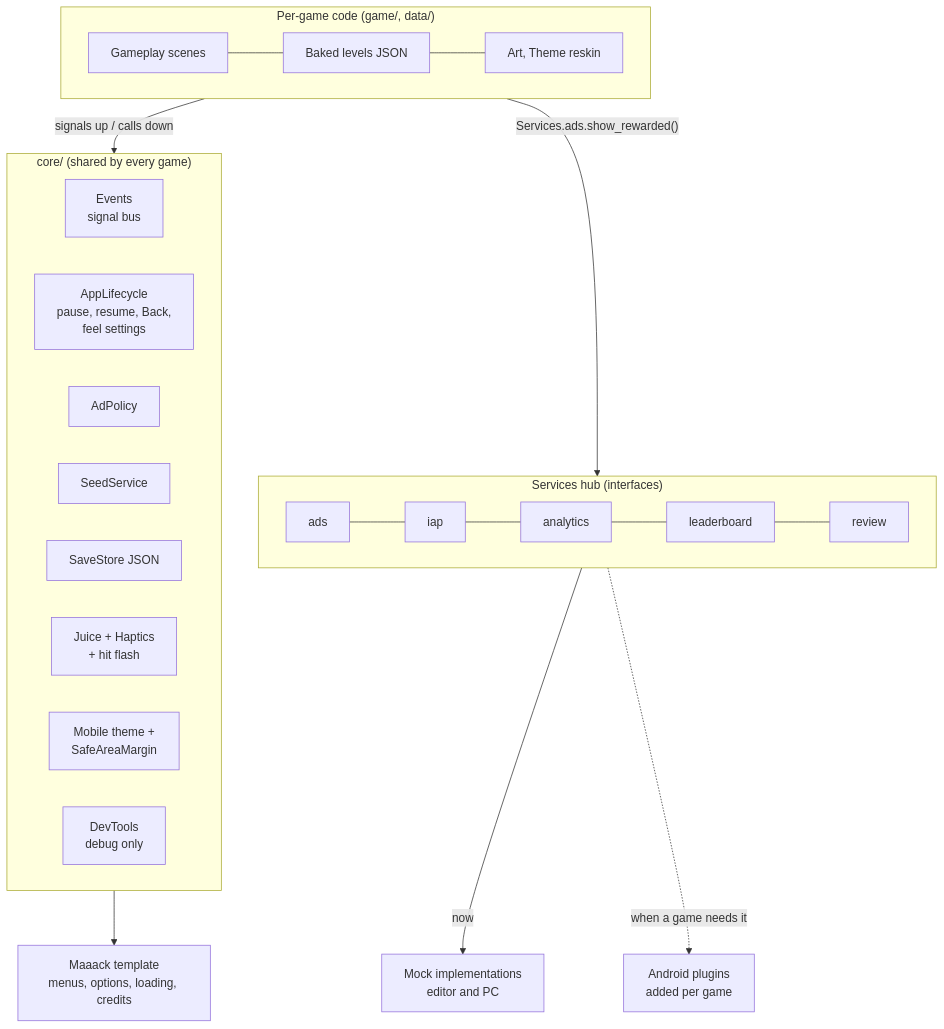
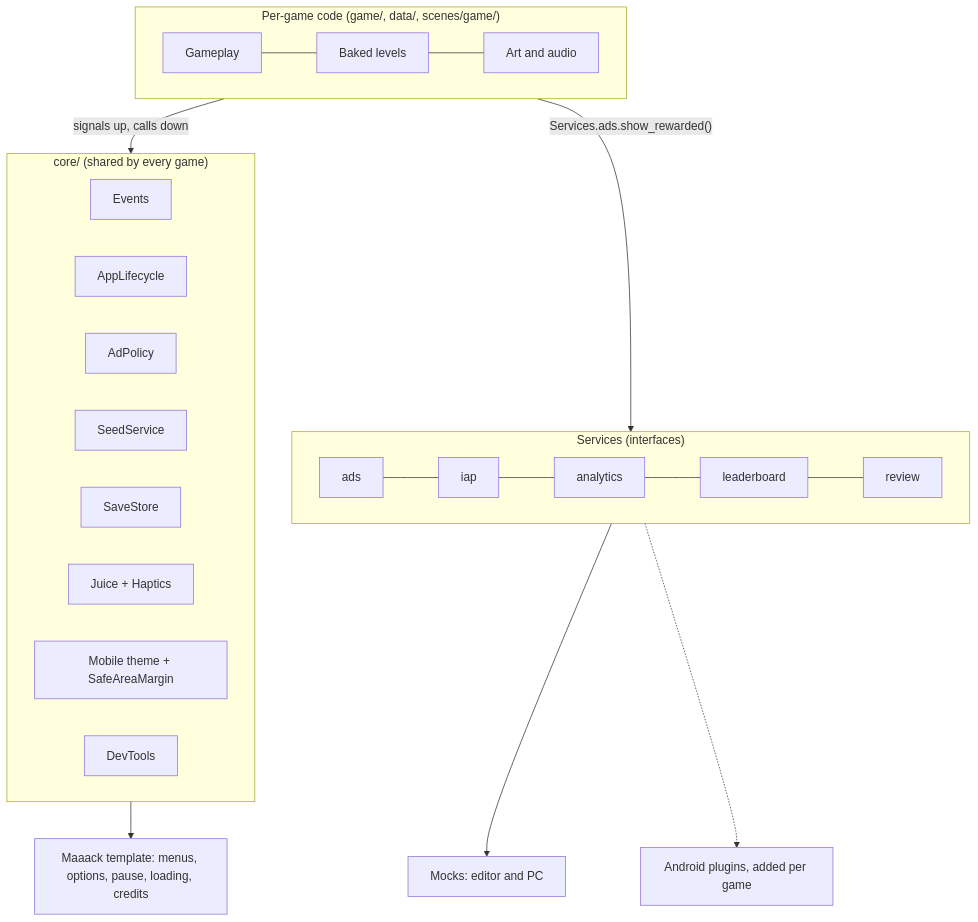
Before and after one commit to MehulKumars/halves: the diagram in README.md, drawn with Mermaid. The commit also changed other lines of this file and 10 other files, not shown here.

````diff
--- a/README.md
+++ b/README.md
@@ -18,28 +49,28 @@
 ```mermaid
 flowchart TB
-    subgraph Game["Per-game code (game/, data/)"]
-        G1[Gameplay scenes] --- G2[Baked levels JSON] --- G3[Art, Theme reskin]
+    subgraph Game["Per-game code (game/, data/, scenes/game/)"]
+        G1[Gameplay] --- G2[Baked levels] --- G3[Art and audio]
     end
     subgraph Core["core/ (shared by every game)"]
-        E[Events<br/>signal bus]
-        AL[AppLifecycle<br/>pause, resume, Back,<br/>feel settings]
+        E[Events]
+        AL[AppLifecycle]
         AP[AdPolicy]
         SS[SeedService]
-        SV[SaveStore JSON]
-        J[Juice + Haptics<br/>+ hit flash]
-        T[Mobile theme +<br/>SafeAreaMargin]
-        DT[DevTools<br/>debug only]
+        SV[SaveStore]
+        J[Juice + Haptics]
+        T[Mobile theme + SafeAreaMargin]
+        DT[DevTools]
     end
-    subgraph Services["Services hub (interfaces)"]
+    subgraph Services["Services (interfaces)"]
         A[ads] --- I[iap] --- AN[analytics] --- L[leaderboard] --- R[review]
     end
-    M[Mock implementations<br/>editor and PC]
-    P[Android plugins<br/>added per game]
-    Maaack["Maaack template<br/>menus, options, loading, credits"]
+    M[Mocks: editor and PC]
+    P[Android plugins, added per game]
+    Maaack[Maaack template: menus, options, pause, loading, credits]
 
-    Game -- "signals up / calls down" --> Core
+    Game -- "signals up, calls down" --> Core
     Game -- "Services.ads.show_rewarded()" --> Services
     Core --> Maaack
-    Services -- now --> M
-    Services -. "when a game needs it" .-> P
+    Services --> M
+    Services -.-> P
 ```
````
